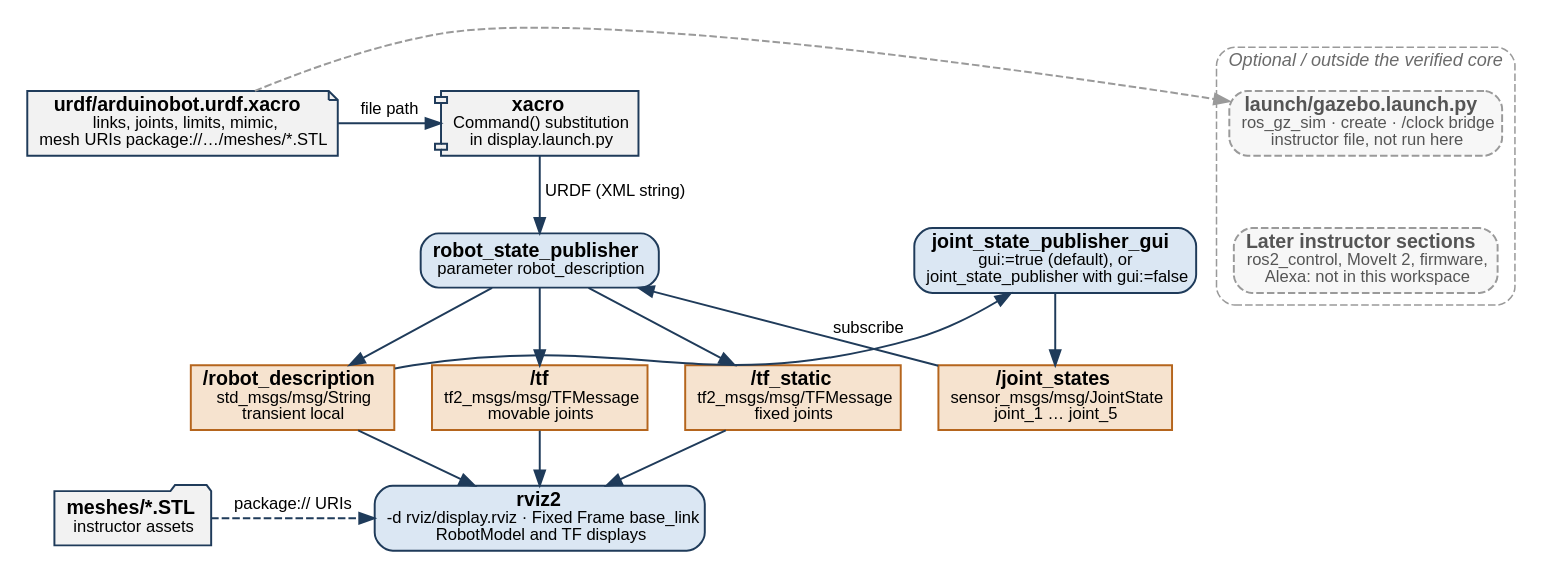
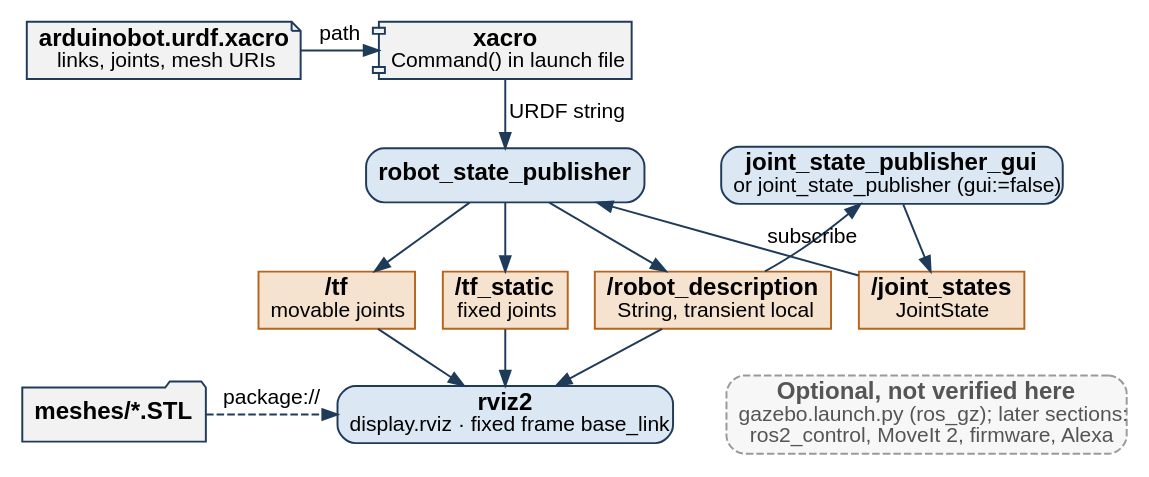
One commit to blertahajdiniazemi/tower changed the diagram in ros2_manipulator_assignment/report/figures/src/fig04_software_architecture.dot. Above: the diagram before and after it, drawn with Graphviz. The commit also changed 29 other files, not shown here.

```diff
--- a/ros2_manipulator_assignment/report/figures/src/fig04_software_architecture.dot
+++ b/ros2_manipulator_assignment/report/figures/src/fig04_software_architecture.dot
@@ -1,41 +1,35 @@
 // Figure: software architecture of the delivered manipulator visualisation
 // Solid = started by display.launch.py; dashed grey = optional / not part of the verified core.
 digraph arch {
-  graph [rankdir=TB, fontname="Liberation Sans", fontsize=13, nodesep=0.35, ranksep=0.5, pad=0.15, newrank=true];
-  node  [fontname="Liberation Sans", fontsize=13, shape=box, style="rounded,filled", color="#1f3b5a", fillcolor="#dbe7f3", penwidth=1.3];
-  edge  [fontname="Liberation Sans", fontsize=11, color="#1f3b5a", penwidth=1.3];
+  graph [rankdir=TB, fontname="Liberation Sans", fontsize=15, nodesep=0.25, ranksep=0.42, pad=0.1, newrank=true];
+  node  [fontname="Liberation Sans", fontsize=16, shape=box, style="rounded,filled", color="#1f3b5a", fillcolor="#dbe7f3", penwidth=1.3];
+  edge  [fontname="Liberation Sans", fontsize=14, color="#1f3b5a", penwidth=1.3];
 
-  xacro_file [shape=note, fillcolor="#f2f2f2", label=<<b>urdf/arduinobot.urdf.xacro</b><br/><font point-size="11">links, joints, limits, mimic,<br/>mesh URIs package://…/meshes/*.STL</font>>];
-  xacro_cmd [shape=component, fillcolor="#f2f2f2", label=<<b>xacro</b><br/><font point-size="11">Command() substitution<br/>in display.launch.py</font>>];
-  rsp [label=<<b>robot_state_publisher</b><br/><font point-size="11">parameter robot_description</font>>];
-  jsp [label=<<b>joint_state_publisher_gui</b><br/><font point-size="11">gui:=true (default), or<br/>joint_state_publisher with gui:=false</font>>];
-  t_rd [shape=box, style="filled", fillcolor="#f6e3cf", color="#b5651d", label=<<b>/robot_description</b><br/><font point-size="11">std_msgs/msg/String<br/>transient local</font>>];
-  t_js [shape=box, style="filled", fillcolor="#f6e3cf", color="#b5651d", label=<<b>/joint_states</b><br/><font point-size="11">sensor_msgs/msg/JointState<br/>joint_1 … joint_5</font>>];
-  t_tf [shape=box, style="filled", fillcolor="#f6e3cf", color="#b5651d", label=<<b>/tf</b><br/><font point-size="11">tf2_msgs/msg/TFMessage<br/>movable joints</font>>];
-  t_tfs [shape=box, style="filled", fillcolor="#f6e3cf", color="#b5651d", label=<<b>/tf_static</b><br/><font point-size="11">tf2_msgs/msg/TFMessage<br/>fixed joints</font>>];
-  rviz [label=<<b>rviz2</b><br/><font point-size="11">-d rviz/display.rviz · Fixed Frame base_link<br/>RobotModel and TF displays</font>>];
-  meshes [shape=folder, fillcolor="#f2f2f2", label=<<b>meshes/*.STL</b><br/><font point-size="11">instructor assets</font>>];
+  xacro_file [shape=note, fillcolor="#f2f2f2", label=<<b>arduinobot.urdf.xacro</b><br/><font point-size="14">links, joints, mesh URIs</font>>];
+  xacro_cmd [shape=component, fillcolor="#f2f2f2", label=<<b>xacro</b><br/><font point-size="14">Command() in launch file</font>>];
+  rsp [label=<<b>robot_state_publisher</b>>];
+  jsp [label=<<b>joint_state_publisher_gui</b><br/><font point-size="14">or joint_state_publisher (gui:=false)</font>>];
+  t_rd [style="filled", fillcolor="#f6e3cf", color="#b5651d", label=<<b>/robot_description</b><br/><font point-size="14">String, transient local</font>>];
+  t_js [style="filled", fillcolor="#f6e3cf", color="#b5651d", label=<<b>/joint_states</b><br/><font point-size="14">JointState</font>>];
+  t_tf [style="filled", fillcolor="#f6e3cf", color="#b5651d", label=<<b>/tf</b><br/><font point-size="14">movable joints</font>>];
+  t_tfs [style="filled", fillcolor="#f6e3cf", color="#b5651d", label=<<b>/tf_static</b><br/><font point-size="14">fixed joints</font>>];
+  rviz [label=<<b>rviz2</b><br/><font point-size="14">display.rviz · fixed frame base_link</font>>];
+  meshes [shape=folder, fillcolor="#f2f2f2", label=<<b>meshes/*.STL</b>>];
+  opt [style="rounded,filled,dashed", color="#9a9a9a", fillcolor="#f7f7f7", fontcolor="#555555",
+       label=<<b>Optional, not verified here</b><br/><font point-size="14">gazebo.launch.py (ros_gz); later sections:<br/>ros2_control, MoveIt 2, firmware, Alexa</font>>];
 
-  subgraph cluster_opt {
-    label=<<i>Optional / outside the verified core</i>>; labeljust=l; style="rounded,dashed"; color="#9a9a9a"; fontcolor="#6b6b6b"; fontsize=12;
-    node [color="#9a9a9a", fillcolor="#f7f7f7", fontcolor="#555555", style="rounded,filled,dashed"];
-    gz [label=<<b>launch/gazebo.launch.py</b><br/><font point-size="11">ros_gz_sim · create · /clock bridge<br/>instructor file, not run here</font>>];
-    later [label=<<b>Later instructor sections</b><br/><font point-size="11">ros2_control, MoveIt 2, firmware,<br/>Alexa: not in this workspace</font>>];
-    gz -> later [style=invis];
-  }
+  {rank=same; xacro_file; xacro_cmd}
+  {rank=same; rsp; jsp}
+  {rank=same; t_js; t_rd; t_tf; t_tfs}
+  {rank=same; meshes; rviz; opt}
 
-  {rank=same; xacro_file; xacro_cmd; gz}
-  {rank=same; rsp; jsp; later}
-  {rank=same; t_rd; t_js; t_tf; t_tfs}
-  {rank=same; rviz; meshes}
-
-  xacro_file -> xacro_cmd [label=" file path "];
-  xacro_cmd -> rsp [label=" URDF (XML string) "];
+  xacro_file -> xacro_cmd [label=" path "];
+  xacro_cmd -> rsp [label=" URDF string "];
   rsp -> t_rd; rsp -> t_tf; rsp -> t_tfs;
-  t_rd -> jsp [constraint=false];
+  t_rd -> jsp;
   jsp -> t_js;
   t_js -> rsp [constraint=false, label=" subscribe "];
   t_rd -> rviz; t_tf -> rviz; t_tfs -> rviz;
-  meshes -> rviz [style=dashed, label=" package:// URIs "];
-  xacro_file -> gz [style=dashed, color="#9a9a9a", constraint=false];
+  meshes -> rviz [style=dashed, label=" package:// "];
+  rviz -> opt [style=invis];
 }
```
